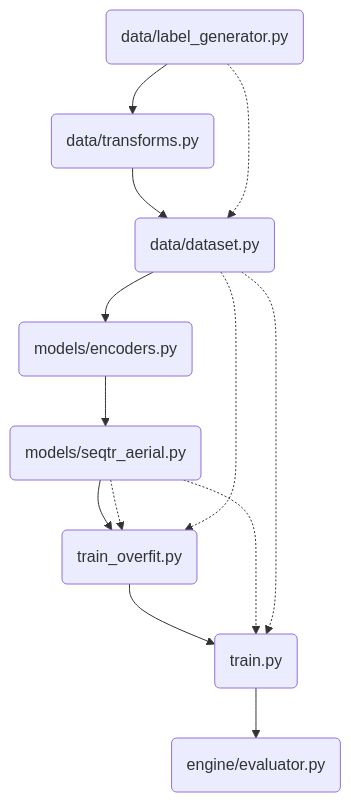
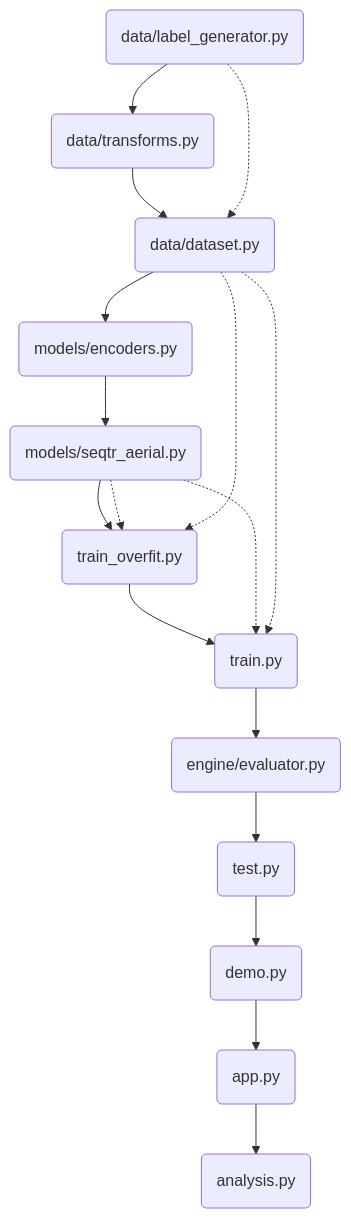
Before and after one commit to Reverse2613/PaperReproduction-SKYFIND: the first of 2 diagrams in README.md, drawn with Mermaid. The commit also changed other lines of this file and 22 other files, not shown here.

````diff
--- a/README.md
+++ b/README.md
@@ -56,10 +113,11 @@
  ```mermaid
  graph TB
  A(data/label_generator.py)-->B(data/transforms.py)-->C(data/dataset.py)
  A-.->C
  C-->D(models/encoders.py)-->E(models/seqtr_aerial.py)-->F(train_overfit.py)-->G(train.py)-->H(engine/evaluator.py)
  E-.->F
  C-.->F
  E-.->G
  C-.->G
+ H-->I(test.py)-->J(demo.py)-->K(app.py)-->L(analysis.py)
  ```
````
